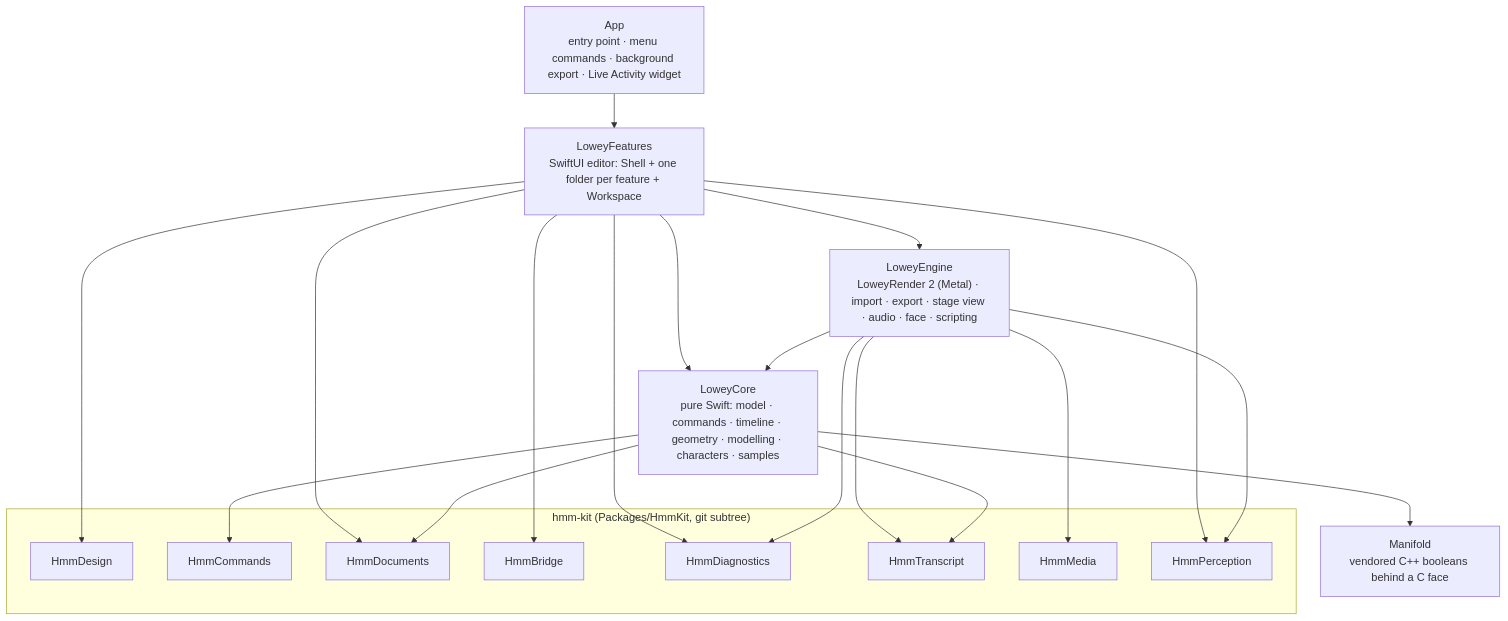
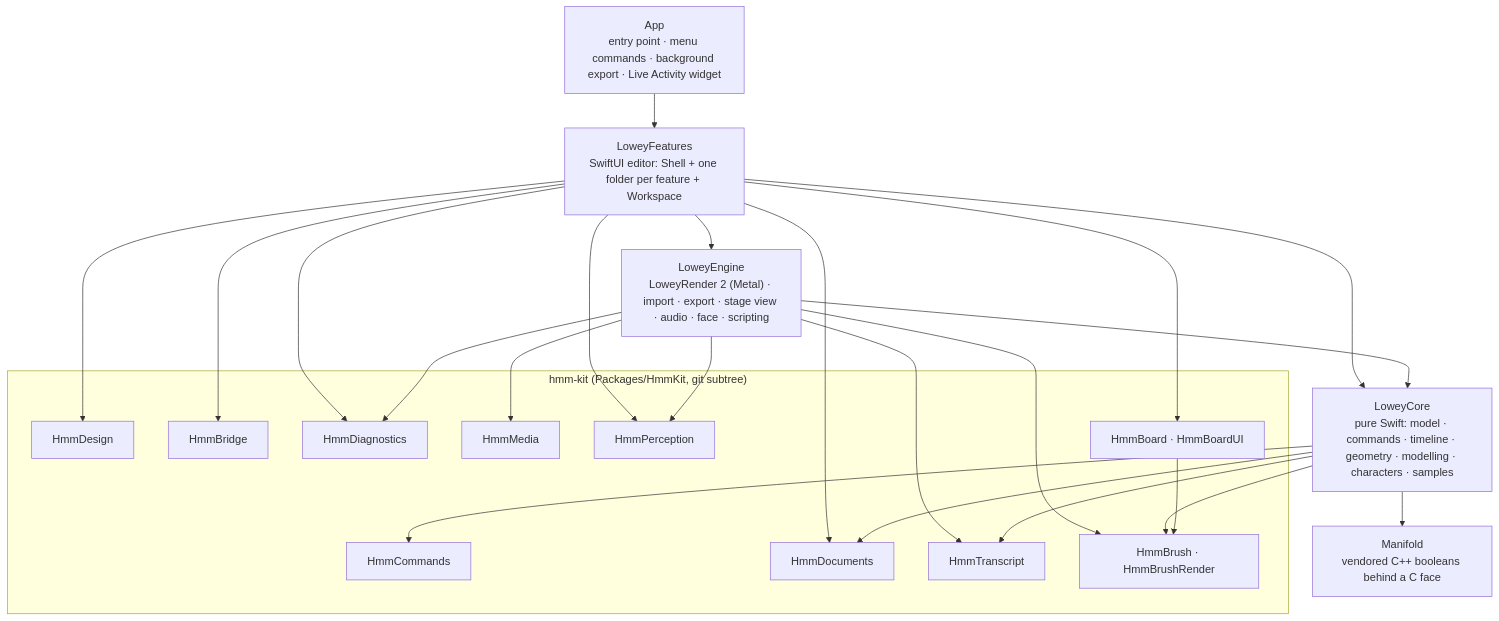
One commit to AhmedHeshamEG/3D-lowey changed the first of 11 diagrams in docs/ARCHITECTURE.md. Above: the diagram before and after it, drawn with Mermaid. The commit also changed other lines of this file and 89 other files, not shown here.

````diff
--- a/docs/ARCHITECTURE.md
+++ b/docs/ARCHITECTURE.md
@@ -9,26 +9,29 @@
 ```mermaid
 flowchart TD
     App["App<br/>entry point · menu commands · background export · Live Activity widget"]
     Features["LoweyFeatures<br/>SwiftUI editor: Shell + one folder per feature + Workspace"]
     Engine["LoweyEngine<br/>LoweyRender 2 (Metal) · import · export · stage view · audio · face · scripting"]
     Core["LoweyCore<br/>pure Swift: model · commands · timeline · geometry · modelling · characters · samples"]
     Manifold["Manifold<br/>vendored C++ booleans behind a C face"]
     subgraph HmmKit["hmm-kit (Packages/HmmKit, git subtree)"]
         Design[HmmDesign]
         Commands[HmmCommands]
         Documents[HmmDocuments]
         Bridge[HmmBridge]
         Diagnostics[HmmDiagnostics]
         Transcript[HmmTranscript]
         Media[HmmMedia]
         Perception[HmmPerception]
+        Brush[HmmBrush · HmmBrushRender]
+        Board[HmmBoard · HmmBoardUI]
     end
     App --> Features
     Features --> Engine
     Features --> Core
     Engine --> Core
     Core --> Manifold
-    Features --> Design & Bridge & Diagnostics & Documents & Perception
-    Engine --> Media & Diagnostics & Transcript & Perception
-    Core --> Commands & Documents & Transcript
+    Features --> Design & Bridge & Diagnostics & Documents & Perception & Board
+    Engine --> Media & Diagnostics & Transcript & Perception & Brush
+    Core --> Commands & Documents & Transcript & Brush
+    Board --> Brush
 ```
````
